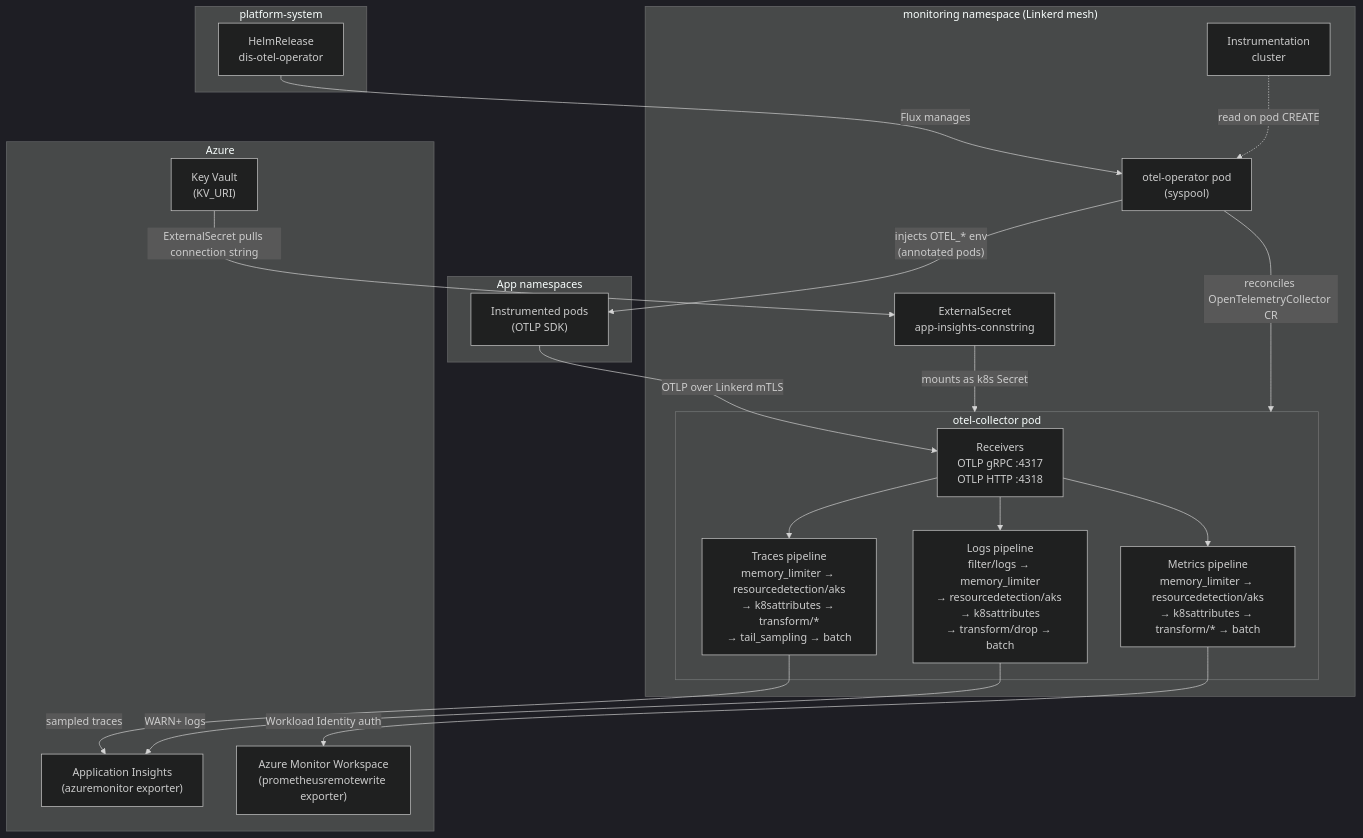
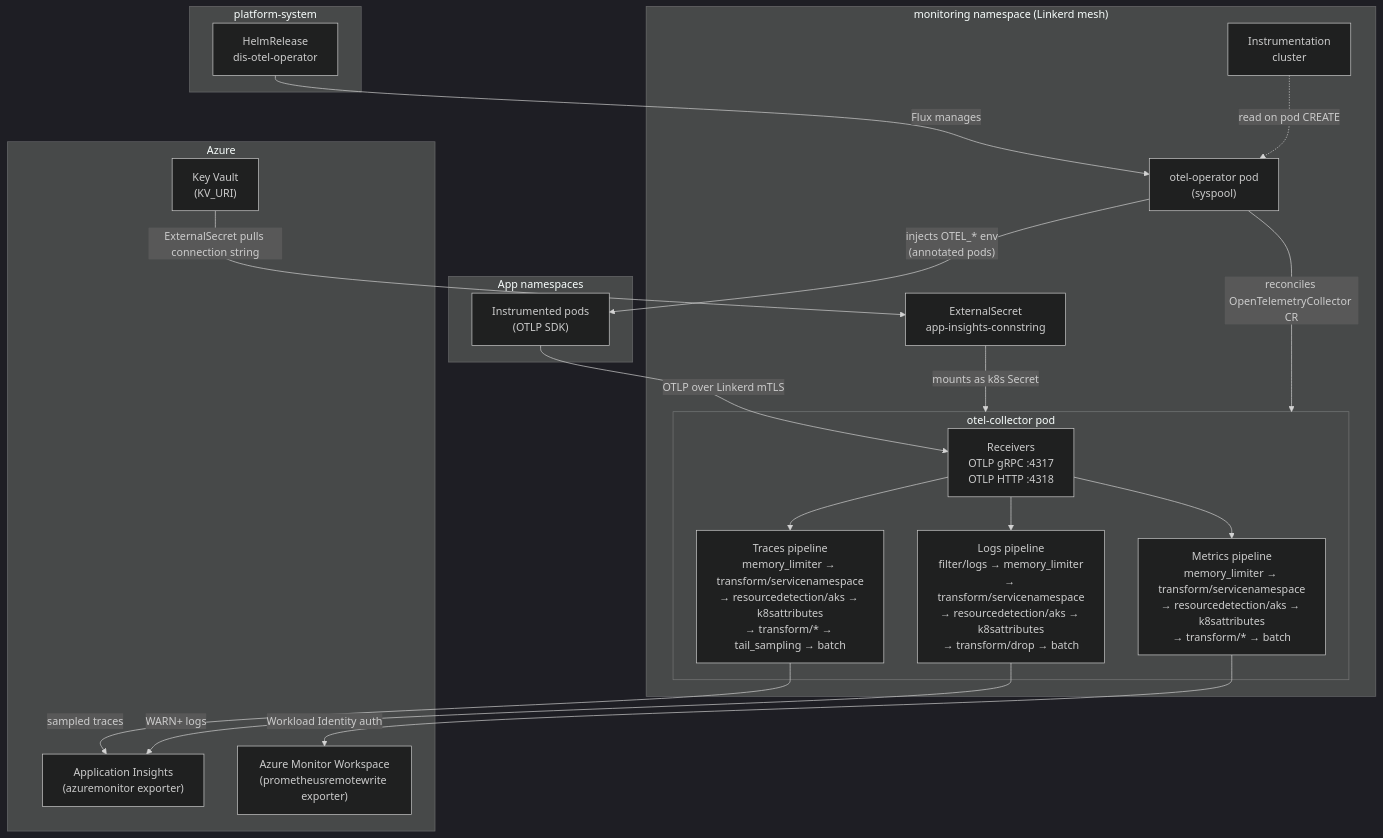
One commit to dis-way/gitops-manifests changed the first of 2 diagrams in oci/otel-collector/README.md. Above: the diagram before and after it, drawn with Mermaid (dark theme). The commit also changed other lines of this file and 2 other files, not shown here.

````diff
--- a/oci/otel-collector/README.md
+++ b/oci/otel-collector/README.md
@@ -7,40 +7,40 @@
 ```mermaid
 flowchart TB
     subgraph ps["platform-system"]
         hr["HelmRelease\ndis-otel-operator"]
     end
 
     subgraph mon["monitoring namespace (Linkerd mesh)"]
         op["otel-operator pod\n(syspool)"]
         inst["Instrumentation\ncluster"]
         es["ExternalSecret\napp-insights-connstring"]
         subgraph col["otel-collector pod"]
             recv["Receivers\nOTLP gRPC :4317\nOTLP HTTP :4318"]
-            proc_t["Traces pipeline\nmemory_limiter → resourcedetection/aks\n→ k8sattributes → transform/*\n→ tail_sampling → batch"]
-            proc_l["Logs pipeline\nfilter/logs → memory_limiter\n→ resourcedetection/aks → k8sattributes\n→ transform/drop → batch"]
-            proc_m["Metrics pipeline\nmemory_limiter → resourcedetection/aks\n→ k8sattributes → transform/* → batch"]
+            proc_t["Traces pipeline\nmemory_limiter → transform/servicenamespace\n→ resourcedetection/aks → k8sattributes\n→ transform/* → tail_sampling → batch"]
+            proc_l["Logs pipeline\nfilter/logs → memory_limiter\n→ transform/servicenamespace\n→ resourcedetection/aks → k8sattributes\n→ transform/drop → batch"]
+            proc_m["Metrics pipeline\nmemory_limiter → transform/servicenamespace\n→ resourcedetection/aks → k8sattributes\n→ transform/* → batch"]
         end
     end
 
     subgraph apps["App namespaces"]
         app["Instrumented pods\n(OTLP SDK)"]
     end
 
     subgraph azure["Azure"]
         kv["Key Vault\n(KV_URI)"]
         ai["Application Insights\n(azuremonitor exporter)"]
         amw["Azure Monitor Workspace\n(prometheusremotewrite exporter)"]
     end
 
     hr -->|"Flux manages"| op
     op -->|"reconciles OpenTelemetryCollector CR"| col
     inst -.->|"read on pod CREATE"| op
     op -->|"injects OTEL_* env\n(annotated pods)"| app
     kv -->|"ExternalSecret pulls connection string"| es
     es -->|"mounts as k8s Secret"| col
     app -->|"OTLP over Linkerd mTLS"| recv
     recv --> proc_t & proc_l & proc_m
     proc_t -->|"sampled traces"| ai
     proc_l -->|"WARN+ logs"| ai
     proc_m -->|"Workload Identity auth"| amw
 ```
````
